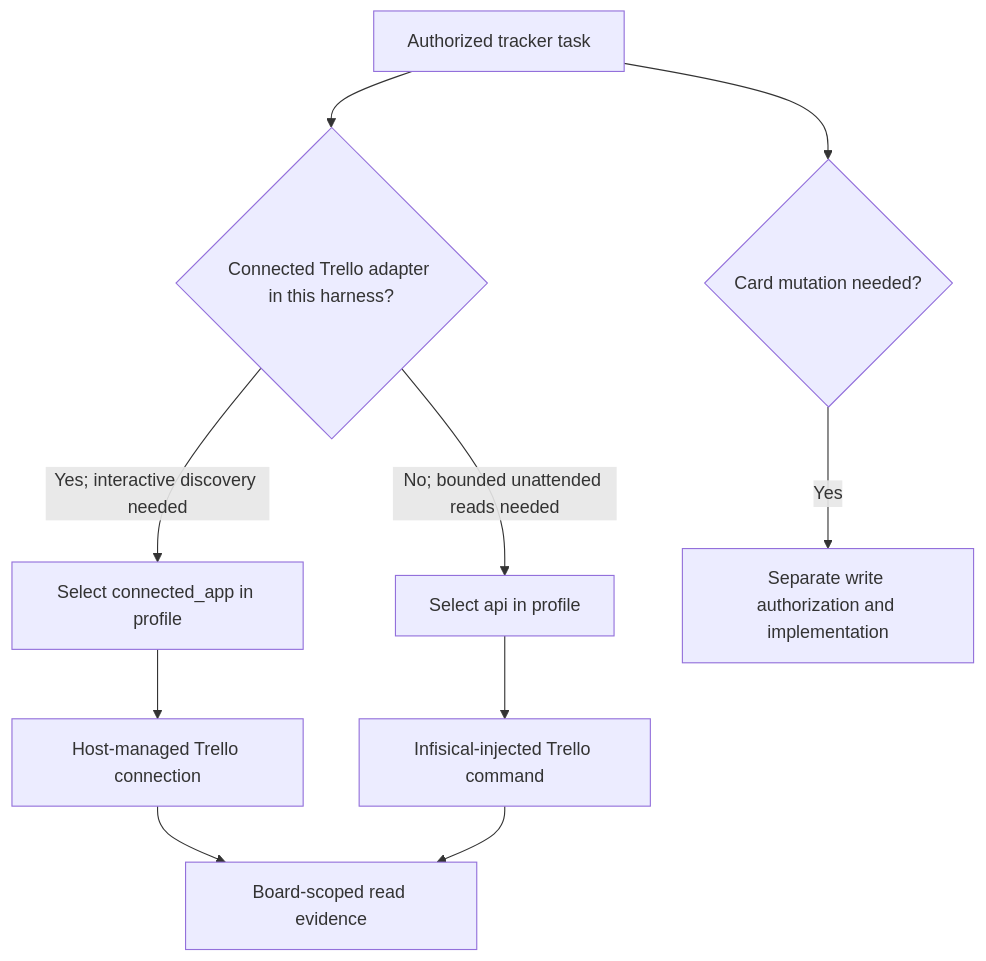
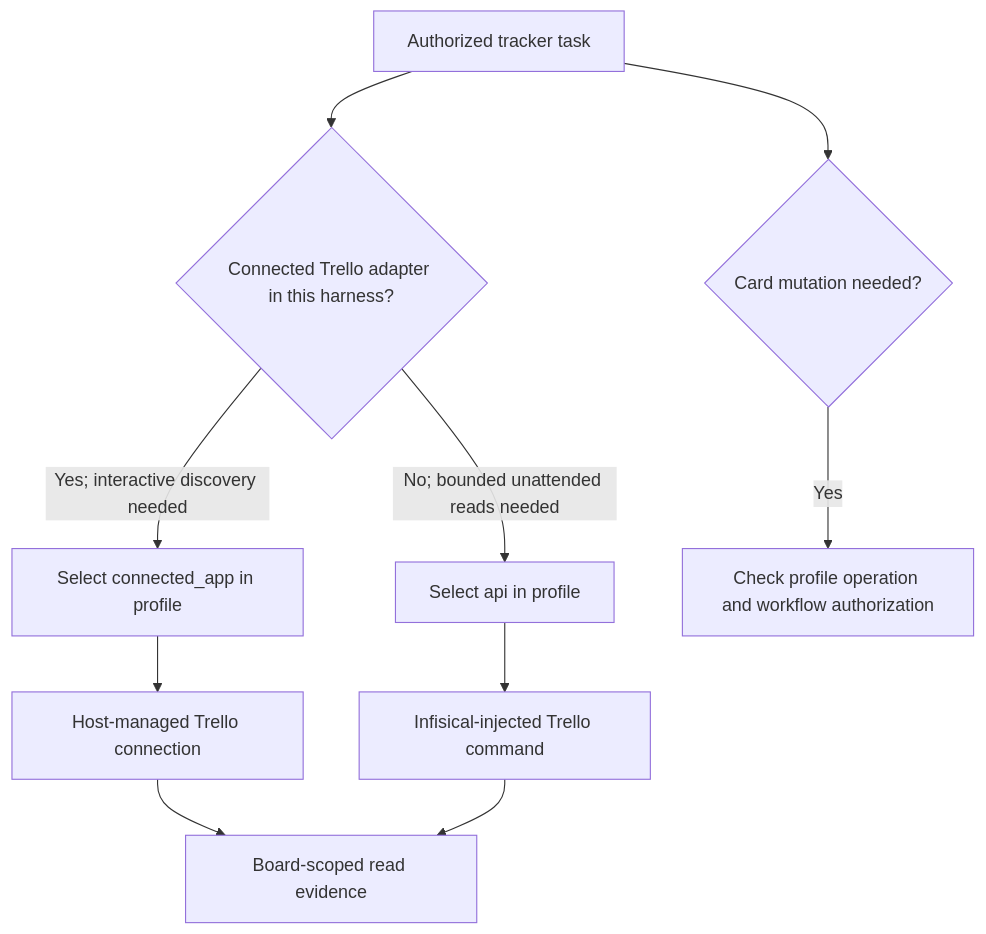
One commit to starodubtsevconsulting/ai-fleas changed the second of 3 diagrams in ai-commands/connect/trello/trello.command.md. Above: the diagram before and after it, drawn with Mermaid. The commit also changed other lines of this file and 5 other files, not shown here.

````diff
--- a/ai-commands/connect/trello/trello.command.md
+++ b/ai-commands/connect/trello/trello.command.md
@@ -43,12 +44,12 @@
 ```mermaid
 flowchart TD
   A[Authorized tracker task] --> B{Connected Trello adapter in this harness?}
   B -->|Yes; interactive discovery needed| C[Select connected_app in profile]
   B -->|No; bounded unattended reads needed| D[Select api in profile]
   C --> E[Host-managed Trello connection]
   D --> F[Infisical-injected Trello command]
   E --> G[Board-scoped read evidence]
   F --> G
   A --> H{Card mutation needed?}
-  H -->|Yes| I[Separate write authorization and implementation]
+  H -->|Yes| I[Check profile operation and workflow authorization]
 ```
````
